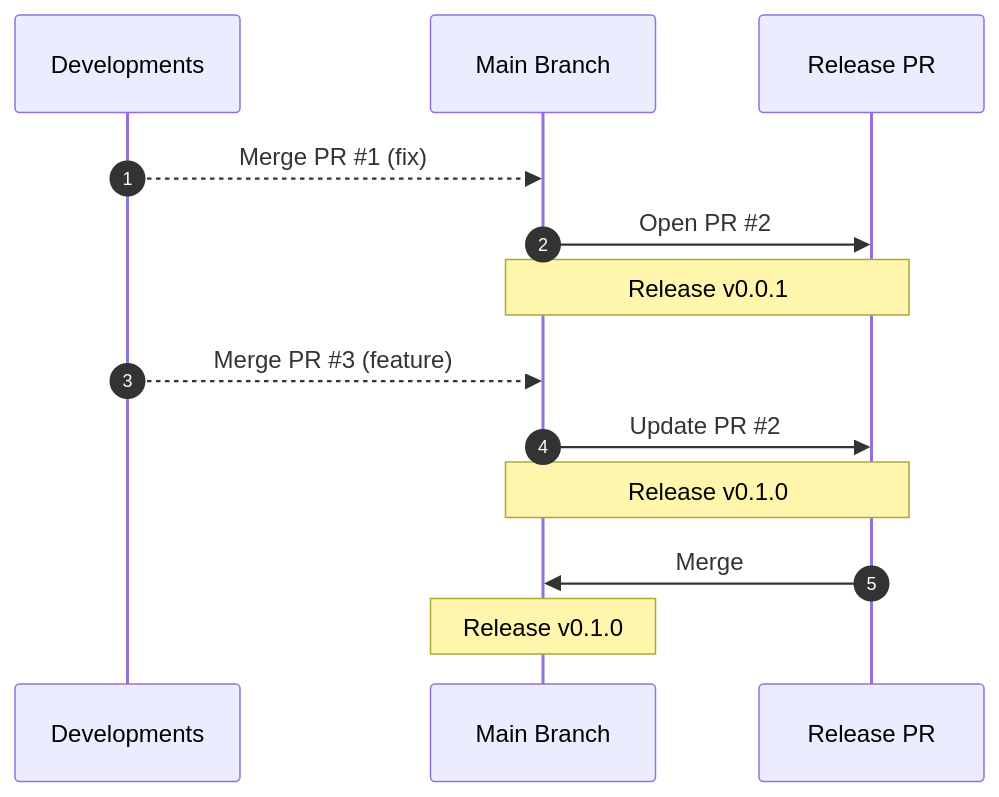
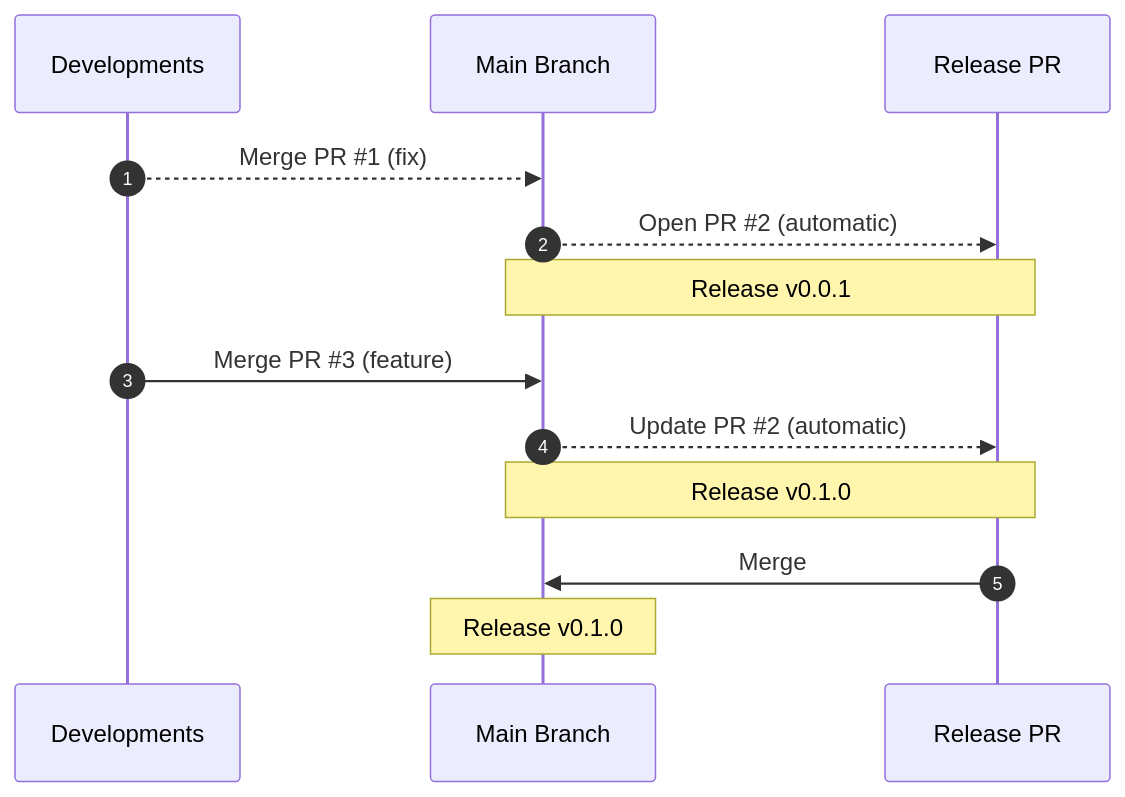
One commit to cyberspace7/release-action changed the first of 2 diagrams in README.md. Above: the diagram before and after it, drawn with Mermaid.

Commit message:
docs: fix automatic flows

````diff
--- a/README.md
+++ b/README.md
@@ -24,16 +24,16 @@
 ```mermaid
 sequenceDiagram
   autonumber
   participant D as Developments
   participant M as Main Branch
   participant R as Release PR
 
   D -->> M: Merge PR #35;1 (fix)
-  M ->> R: Open PR #35;2
+  M -->> R: Open PR #35;2 (automatic)
   Note over M,R: Release v0.0.1
-  D -->> M: Merge PR #35;3 (feature)
-  M ->> R: Update PR #35;2
+  D ->> M: Merge PR #35;3 (feature)
+  M -->> R: Update PR #35;2 (automatic)
   Note over M,R: Release v0.1.0
   R ->> M: Merge
   Note over M: Release v0.1.0
 ```
````
